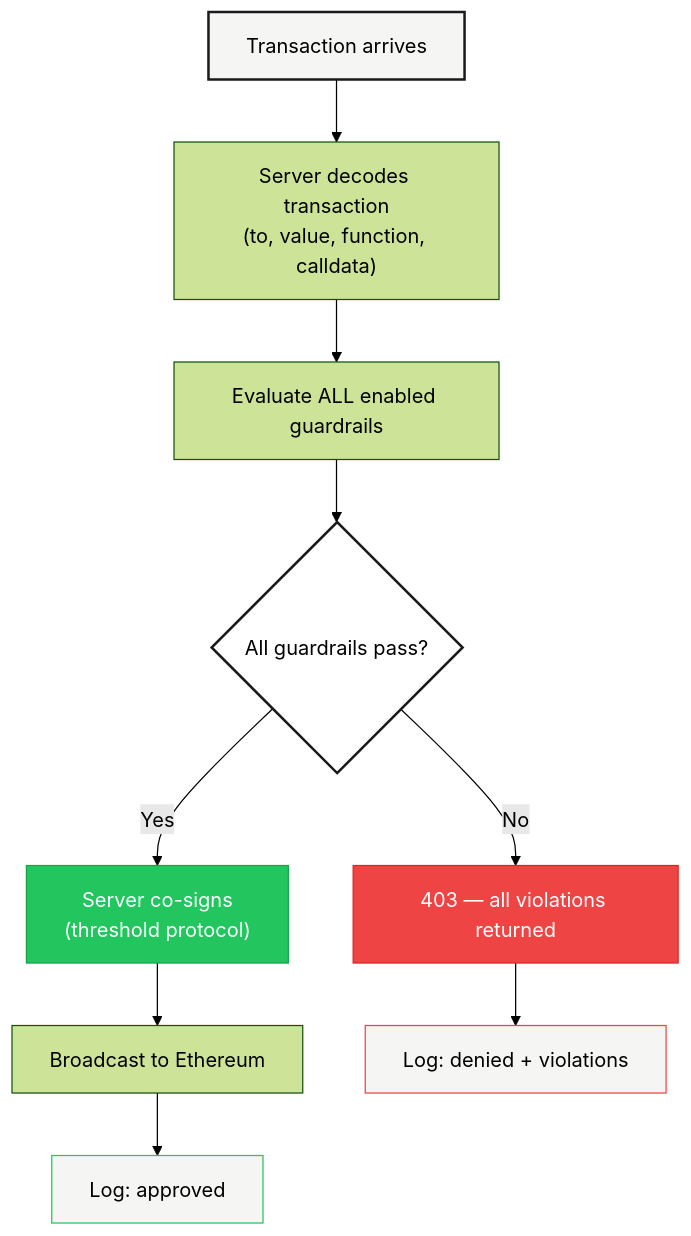
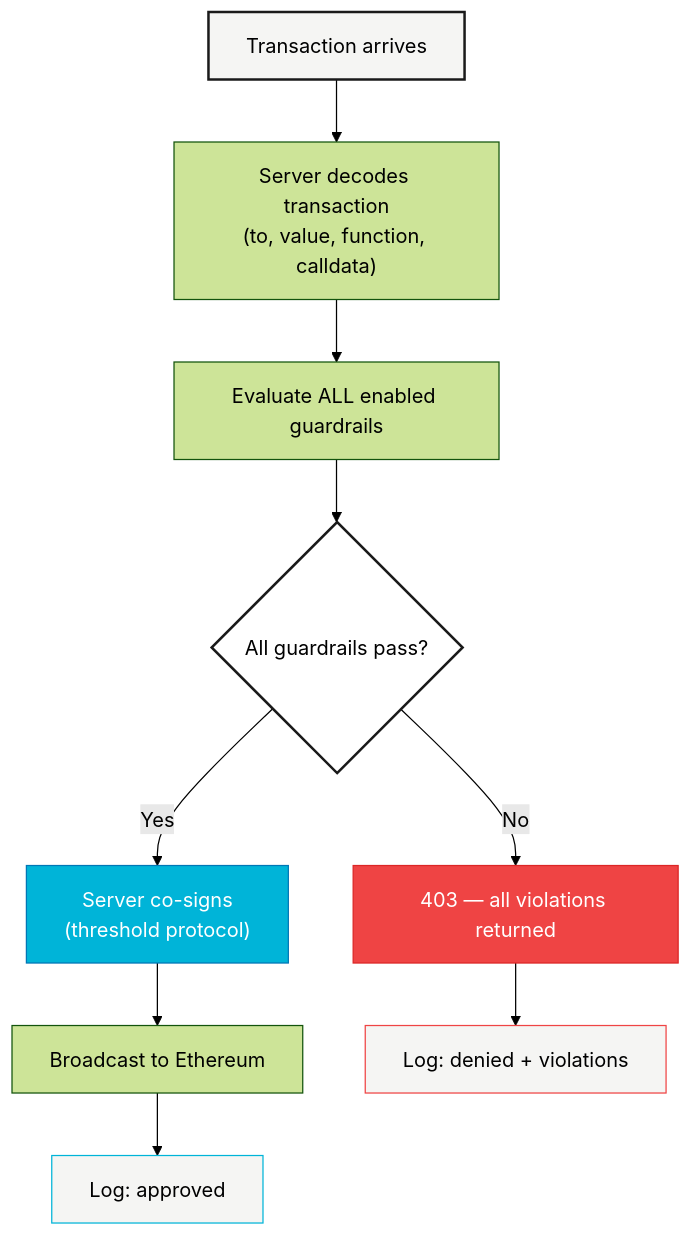
Before and after one commit to AgentaOS/docs: the diagram in guardian/concepts/guardrails.mdx, drawn with Mermaid (forest theme). The commit also changed other lines of this file and 28 other files, not shown here.

````diff
--- a/guardian/concepts/guardrails.mdx
+++ b/guardian/concepts/guardrails.mdx
@@ -23,21 +23,21 @@
 ```mermaid
 flowchart TD
     TX["Transaction arrives"] --> DECODE["Server decodes transaction\n(to, value, function, calldata)"]
     DECODE --> EVAL["Evaluate ALL enabled guardrails"]
 
     EVAL --> CHECK{All guardrails pass?}
 
     CHECK -- "Yes" --> SIGN["Server co-signs\n(threshold protocol)"]
     SIGN --> BROADCAST["Broadcast to Ethereum"]
     BROADCAST --> AUDIT_OK["Log: approved"]
 
     CHECK -- "No" --> REJECT["403 — all violations returned"]
     REJECT --> AUDIT_FAIL["Log: denied + violations"]
 
     style TX fill:#f5f5f3,stroke:#1a1a1a,stroke-width:2px
     style CHECK fill:#fff,stroke:#1a1a1a,stroke-width:2px
-    style SIGN fill:#22c55e,stroke:#16a34a,color:#fff
+    style SIGN fill:#00B4D8,stroke:#0077B6,color:#fff
     style REJECT fill:#ef4444,stroke:#dc2626,color:#fff
-    style AUDIT_OK fill:#f5f5f3,stroke:#22c55e,stroke-width:1px
+    style AUDIT_OK fill:#f5f5f3,stroke:#00B4D8,stroke-width:1px
     style AUDIT_FAIL fill:#f5f5f3,stroke:#ef4444,stroke-width:1px
 ```
````
